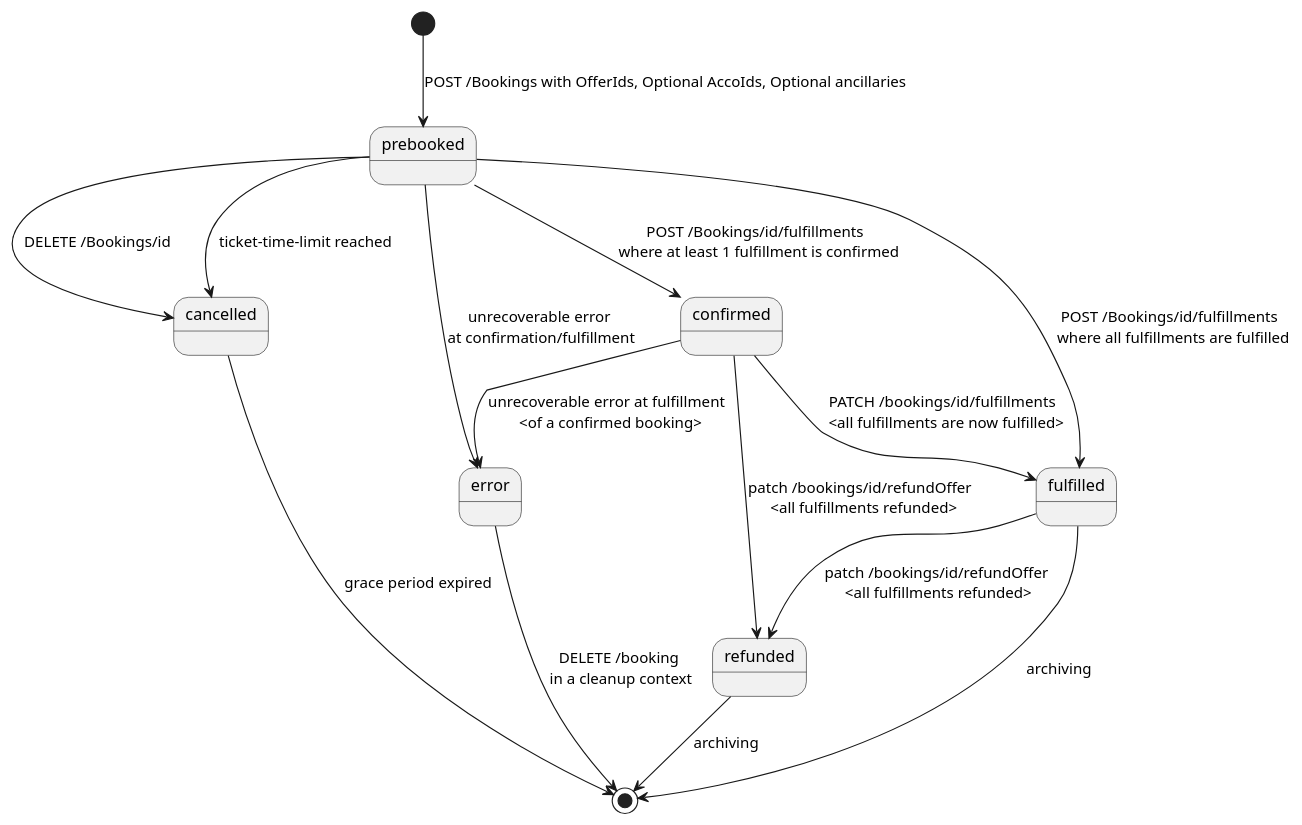
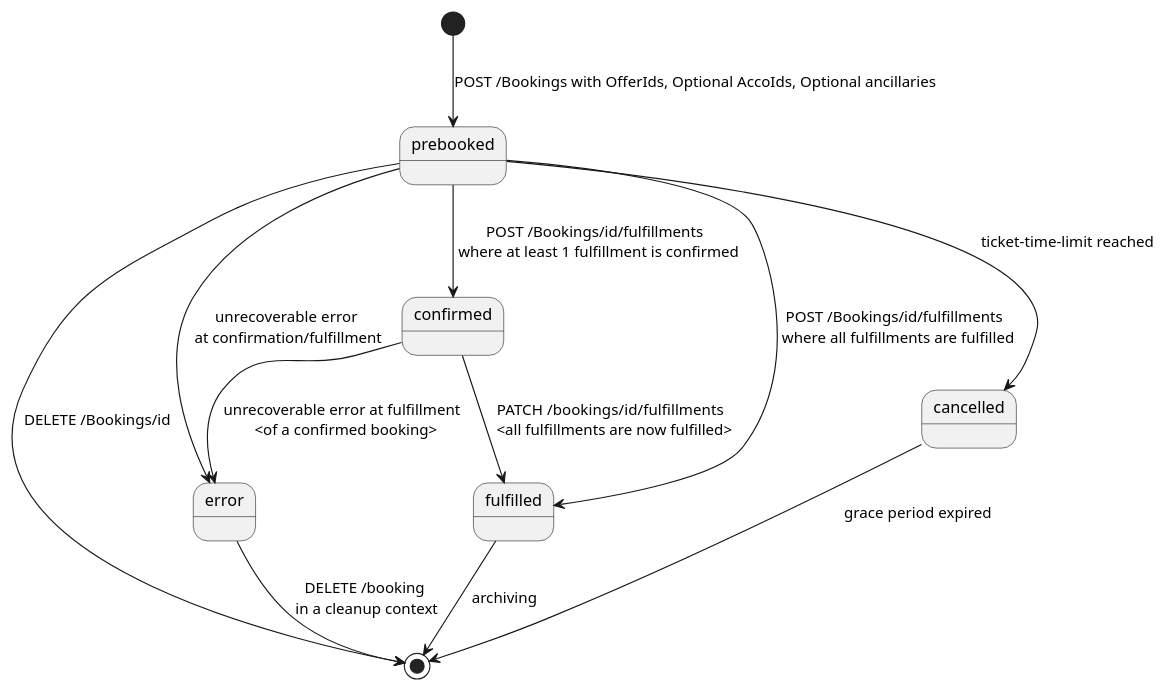
The diagram in images/models/booking-state-model.puml (UnionInternationalCheminsdeFer/OSDM), drawn with PlantUML before and after one commit. The commit also changed 2 other files, not shown here.

Commit message:
deleted the puml for process flow (replaced by a chevron svg. Updated state diagram according to discussions in exchange + deleting a resourc must actually delete it

```diff
--- a/images/models/booking-state-model.puml
+++ b/images/models/booking-state-model.puml
@@ -1,15 +1,12 @@
 [*] --> prebooked : POST /Bookings with OfferIds, Optional AccoIds, Optional ancillaries
 
 prebooked --> confirmed: POST /Bookings/id/fulfillments \n where at least 1 fulfillment is confirmed
-prebooked --> cancelled: DELETE /Bookings/id
+prebooked --> [*]: DELETE /Bookings/id
 prebooked --> cancelled: ticket-time-limit reached
 prebooked --> error: unrecoverable error \nat confirmation/fulfillment
 prebooked --> fulfilled: POST /Bookings/id/fulfillments \n where all fulfillments are fulfilled
 cancelled --> [*]: grace period expired
 confirmed --> fulfilled: PATCH /bookings/id/fulfillments \n <all fulfillments are now fulfilled>
-confirmed --> refunded: patch /bookings/id/refundOffer \n <all fulfillments refunded>
 confirmed --> error: unrecoverable error at fulfillment \n <of a confirmed booking>
-fulfilled --> refunded: patch /bookings/id/refundOffer \n<all fulfillments refunded>
 fulfilled --> [*] : archiving
-refunded --> [*] : archiving
 error --> [*] : DELETE /booking \nin a cleanup context
```
